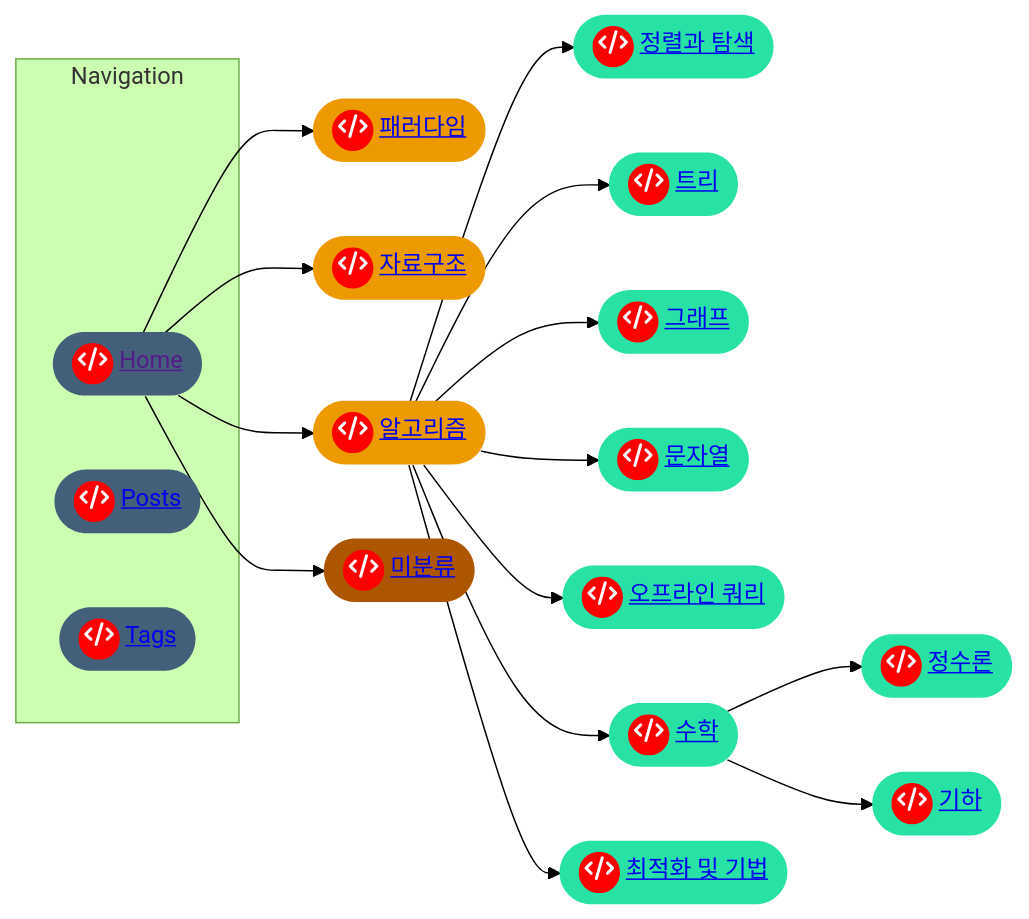
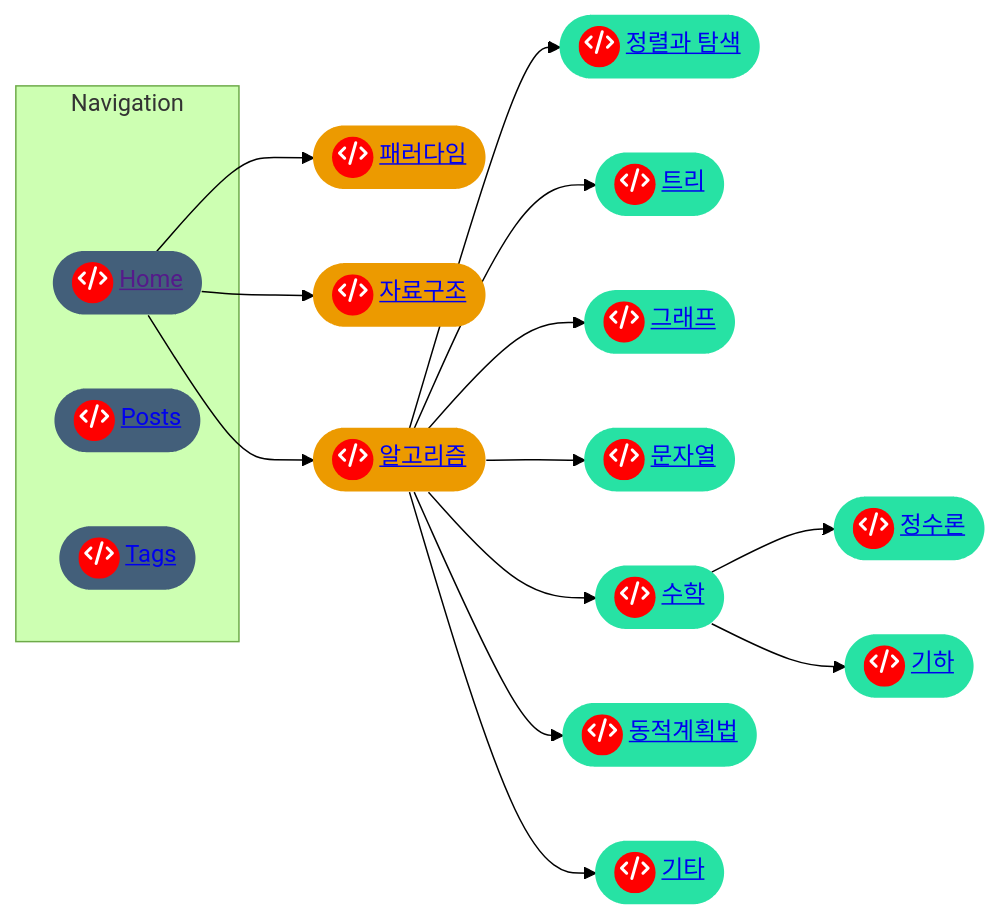
The first of 13 diagrams in index.md (CHOYUNSIG/algorithm_with_boj), drawn with Mermaid (forest theme) before and after one commit. The commit also changed other lines of this file and 1 other file, not shown here.

```diff
--- a/index.md
+++ b/index.md
@@ -16,45 +16,42 @@
     <pre class="mermaid" style="max-width: 70%">
         graph LR
 
         home --> paradigm
         home --> data_structure
         home --> algorithm
-        home --> none
         algorithm --> sorting_search
         algorithm --> trees
         algorithm --> graphs
         algorithm --> strings
-        algorithm --> offline_query
         algorithm --> math
-        algorithm --> optimization
+        algorithm --> dp
+        algorithm --> others
         math --> number_theory
         math --> geometry
 
         subgraph Navigation
             home
             posts
             tags
         end
 
         home(["<span style="background-color: red; border-radius: 50%; display:inline-block; width:28px; height:28px">fa:fa-code</span> <a href="">Home</a>"]):::tier1
         posts(["<span style="background-color: red; border-radius: 50%; display:inline-block; width:28px; height:28px">fa:fa-code</span> <a href="archives.html">Posts</a>"]):::tier1
         tags(["<span style="background-color: red; border-radius: 50%; display:inline-block; width:28px; height:28px">fa:fa-code</span> <a href="tags.html">Tags</a>"]):::tier1
         paradigm(["<span style="background-color: red; border-radius: 50%; display:inline-block; width:28px; height:28px">fa:fa-code</span> <a href="#h-1-패러다임">패러다임</a>"]):::tier2
         data_structure(["<span style="background-color: red; border-radius: 50%; display:inline-block; width:28px; height:28px">fa:fa-code</span> <a href="#h-2-자료구조">자료구조</a>"]):::tier2
         algorithm(["<span style="background-color: red; border-radius: 50%; display:inline-block; width:28px; height:28px">fa:fa-code</span> <a href="#h-3-알고리즘">알고리즘</a>"]):::tier2
         sorting_search(["<span style="background-color: red; border-radius: 50%; display:inline-block; width:28px; height:28px">fa:fa-code</span> <a href="#h-3-1-정렬과-검색">정렬과 탐색</a>"]):::tier3
         trees(["<span style="background-color: red; border-radius: 50%; display:inline-block; width:28px; height:28px">fa:fa-code</span> <a href="#h-3-2-트리">트리</a>"]):::tier3
         graphs(["<span style="background-color: red; border-radius: 50%; display:inline-block; width:28px; height:28px">fa:fa-code</span> <a href="#h-3-3-그래프">그래프</a>"]):::tier3
         strings(["<span style="background-color: red; border-radius: 50%; display:inline-block; width:28px; height:28px">fa:fa-code</span> <a href="#h-3-4-문자열">문자열</a>"]):::tier3
-        offline_query(["<span style="background-color: red; border-radius: 50%; display:inline-block; width:28px; height:28px">fa:fa-code</span> <a href="#h-3-5-오프라인-쿼리">오프라인 쿼리</a>"]):::tier3
-        math(["<span style="background-color: red; border-radius: 50%; display:inline-block; width:28px; height:28px">fa:fa-code</span> <a href="#h-3-6-수학">수학</a>"]):::tier3
-        optimization(["<span style="background-color: red; border-radius: 50%; display:inline-block; width:28px; height:28px">fa:fa-code</span> <a href="#h-3-7-최적화-및-기법">최적화 및 기법</a>"]):::tier3
-        number_theory(["<span style="background-color: red; border-radius: 50%; display:inline-block; width:28px; height:28px">fa:fa-code</span> <a href="#h-3-6-1-정수론">정수론</a>"]):::tier3
-        geometry(["<span style="background-color: red; border-radius: 50%; display:inline-block; width:28px; height:28px">fa:fa-code</span> <a href="#h-3-6-2-기하">기하</a>"]):::tier3
-        none(["<span style="background-color: red; border-radius: 50%; display:inline-block; width:28px; height:28px">fa:fa-code</span> <a href="#h-a-미분류">미분류</a>"]):::tier0
+        math(["<span style="background-color: red; border-radius: 50%; display:inline-block; width:28px; height:28px">fa:fa-code</span> <a href="#h-3-5-수학">수학</a>"]):::tier3
+        dp(["<span style="background-color: red; border-radius: 50%; display:inline-block; width:28px; height:28px">fa:fa-code</span> <a href="#h-3-6-동적계획법">동적계획법</a>"]):::tier3
+        others(["<span style="background-color: red; border-radius: 50%; display:inline-block; width:28px; height:28px">fa:fa-code</span> <a href="#h-3-7-기타">기타</a>"]):::tier3
+        number_theory(["<span style="background-color: red; border-radius: 50%; display:inline-block; width:28px; height:28px">fa:fa-code</span> <a href="#h-3-5-1-정수론">정수론</a>"]):::tier3
+        geometry(["<span style="background-color: red; border-radius: 50%; display:inline-block; width:28px; height:28px">fa:fa-code</span> <a href="#h-3-5-2-기하">기하</a>"]):::tier3
 
-        classDef tier0 fill:#ad5600, color:#fff, stroke:#0000
         classDef tier1 fill:#435f7a, color:#fff, stroke:#0000
         classDef tier2 fill:#ec9a00, color:#fff, stroke:#0000
         classDef tier3 fill:#27e2a4, color:#fff, stroke:#0000
     </pre>
```
